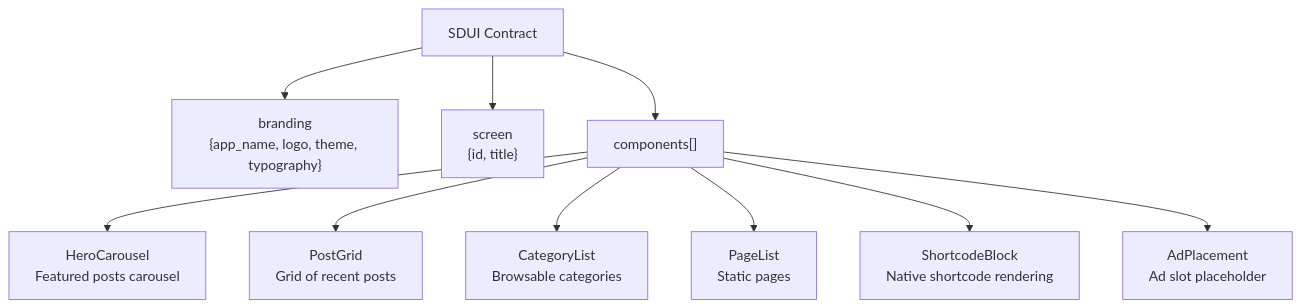
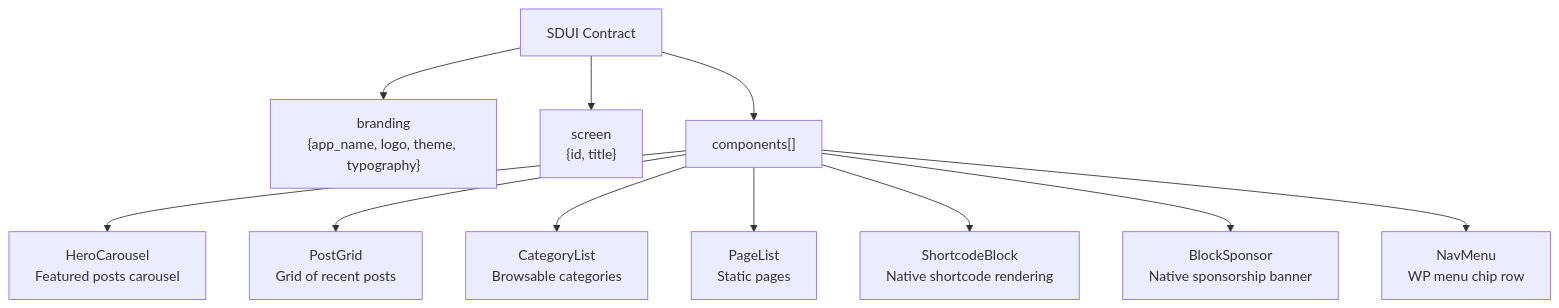
The fifth of 7 diagrams in docs/ARCHITECTURE.md (PressNative-app/plugin), drawn with Mermaid before and after one commit. The commit also changed 14 other files, not shown here.

````diff
--- a/docs/ARCHITECTURE.md
+++ b/docs/ARCHITECTURE.md
@@ -137,14 +137,15 @@
 ```mermaid
 graph TD
     Contract["SDUI Contract"]
     Contract --> Branding["branding<br/>{app_name, logo, theme, typography}"]
     Contract --> Screen["screen<br/>{id, title}"]
     Contract --> Components["components[]"]
 
     Components --> HC["HeroCarousel<br/>Featured posts carousel"]
     Components --> PG["PostGrid<br/>Grid of recent posts"]
     Components --> CL["CategoryList<br/>Browsable categories"]
     Components --> PL["PageList<br/>Static pages"]
     Components --> SB["ShortcodeBlock<br/>Native shortcode rendering"]
-    Components --> AD["AdPlacement<br/>Ad slot placeholder"]
+    Components --> BS["BlockSponsor<br/>Native sponsorship banner"]
+    Components --> NM["NavMenu<br/>WP menu chip row"]
 ```
````
